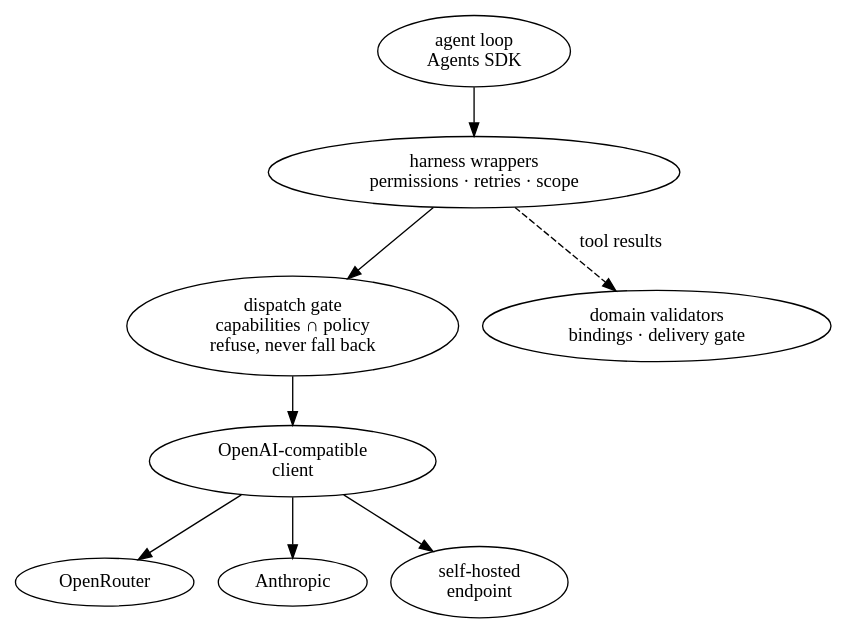
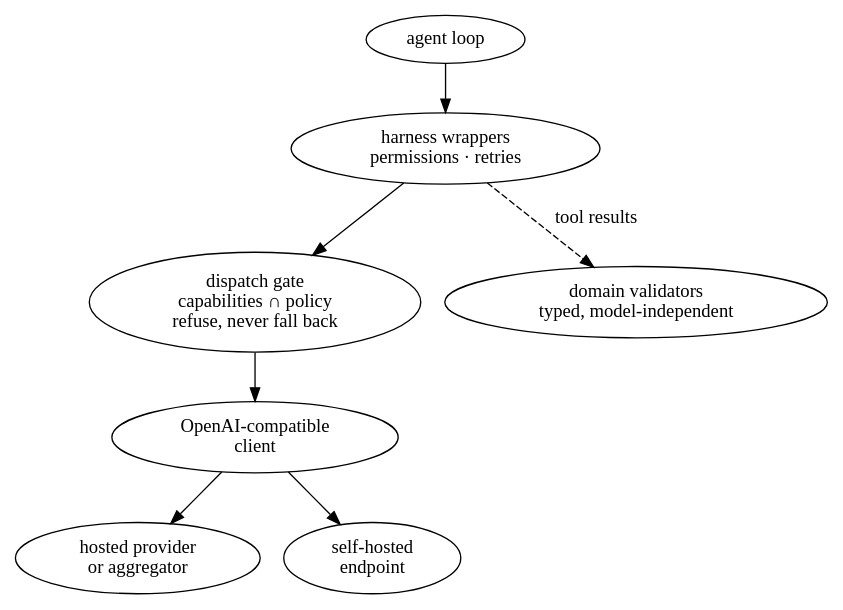
The diagram in src/assets/blog-diagrams/16-model-agnostic-agent-harness-domain-contracts.dot (Shaunfurtado/Shaunfurtado.github.io), drawn with Graphviz before and after one commit. The commit also changed 31 other files, not shown here.

```diff
--- a/src/assets/blog-diagrams/16-model-agnostic-agent-harness-domain-contracts.dot
+++ b/src/assets/blog-diagrams/16-model-agnostic-agent-harness-domain-contracts.dot
@@ -1,16 +1,14 @@
 digraph harness {
 rankdir=TB;
-loop [label="agent loop\nAgents SDK"];
-wrap [label="harness wrappers\npermissions · retries · scope"];
+loop [label="agent loop"];
+wrap [label="harness wrappers\npermissions · retries"];
 gate [label="dispatch gate\ncapabilities ∩ policy\nrefuse, never fall back", class="key"];
 client [label="OpenAI-compatible\nclient"];
-or [label="OpenRouter"];
-an [label="Anthropic"];
+hosted [label="hosted provider\nor aggregator"];
 self [label="self-hosted\nendpoint"];
-dom [label="domain validators\nbindings · delivery gate"];
+dom [label="domain validators\ntyped, model-independent"];
 loop -> wrap -> gate -> client;
-client -> or;
-client -> an;
+client -> hosted;
 client -> self;
 wrap -> dom [label="tool results", style=dashed];
 }
```
